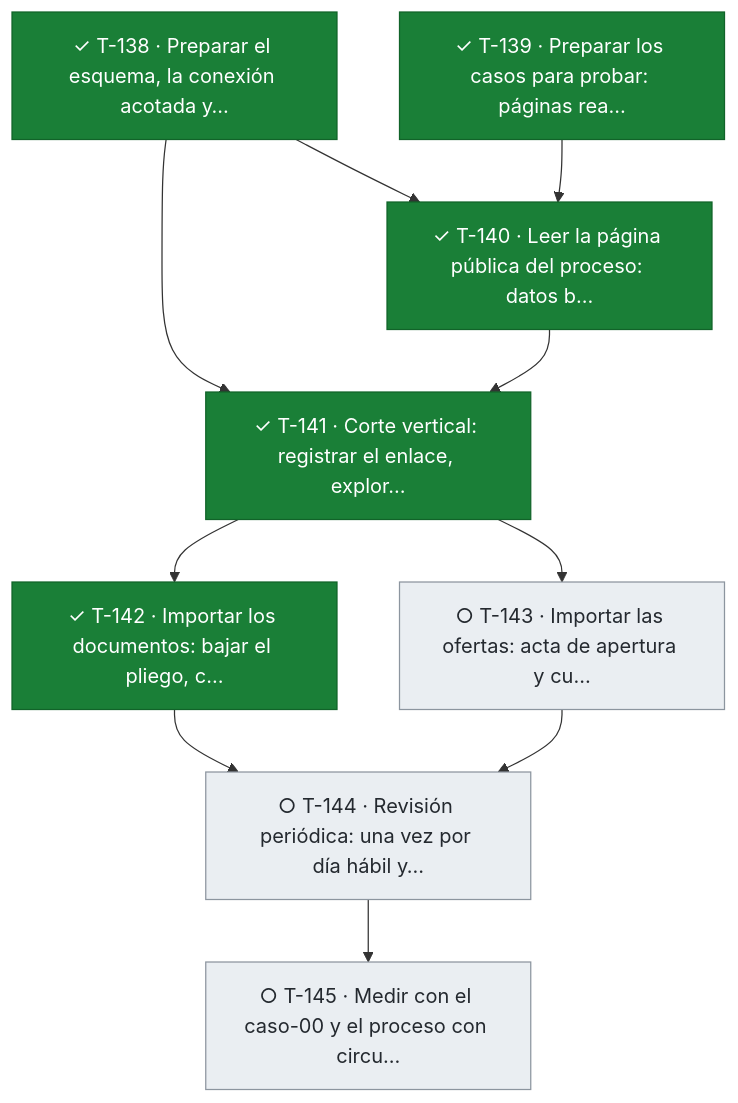
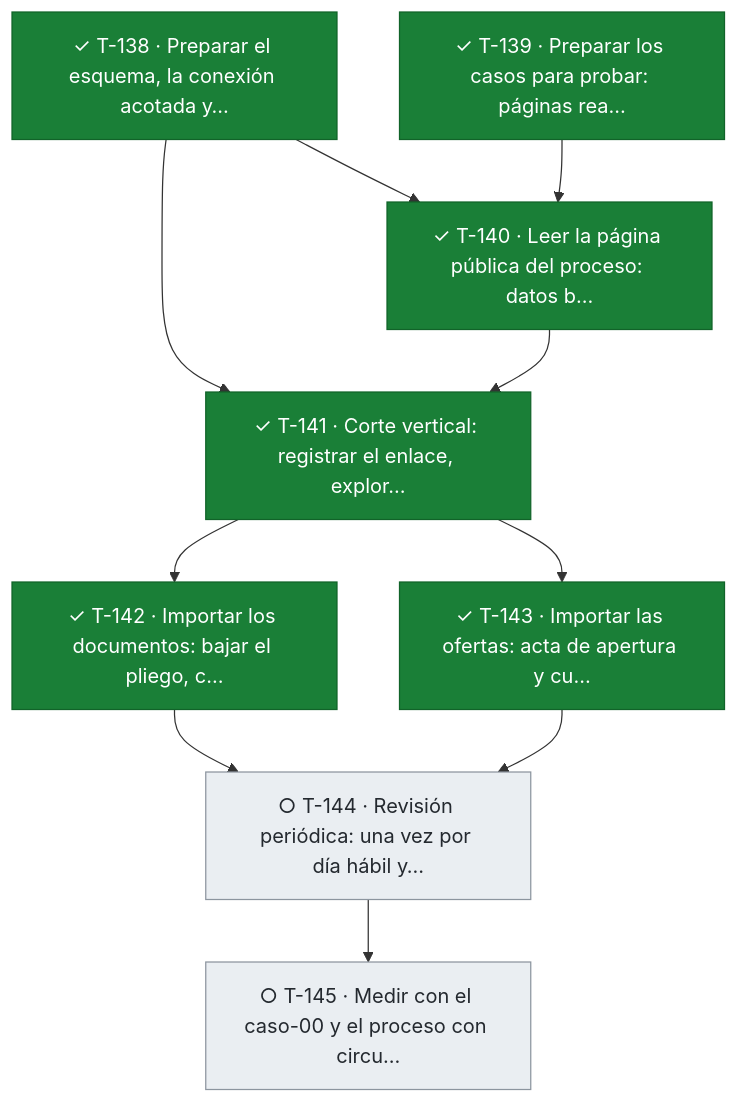
The ninth of 9 diagrams in docs/tablero.md (snavello/EVALUON), drawn with Mermaid before and after one commit. The commit also changed other lines of this file and 1 other file, not shown here.

````diff
--- a/docs/tablero.md
+++ b/docs/tablero.md
@@ -754,25 +754,25 @@
 ```mermaid
 flowchart TD
   T138["✓ T-138 · Preparar el esquema, la conexión acotada y…"]:::done
   T139["✓ T-139 · Preparar los casos para probar: páginas rea…"]:::done
   T140["✓ T-140 · Leer la página pública del proceso: datos b…"]:::done
   T141["✓ T-141 · Corte vertical: registrar el enlace, explor…"]:::done
   T142["✓ T-142 · Importar los documentos: bajar el pliego, c…"]:::done
-  T143["○ T-143 · Importar las ofertas: acta de apertura y cu…"]:::todo
+  T143["✓ T-143 · Importar las ofertas: acta de apertura y cu…"]:::done
   T144["○ T-144 · Revisión periódica: una vez por día hábil y…"]:::todo
   T145["○ T-145 · Medir con el caso-00 y el proceso con circu…"]:::todo
   T138 --> T140
   T139 --> T140
   T138 --> T141
   T140 --> T141
   T141 --> T142
   T141 --> T143
   T142 --> T144
   T143 --> T144
   T144 --> T145
   classDef done fill:#1a7f37,stroke:#116329,color:#ffffff
   classDef review fill:#0969da,stroke:#0550ae,color:#ffffff
   classDef active fill:#bf8700,stroke:#7d4e00,color:#ffffff
   classDef blocked fill:#cf222e,stroke:#a40e26,color:#ffffff
   classDef todo fill:#eaeef2,stroke:#8c959f,color:#24292f
 ```
````
